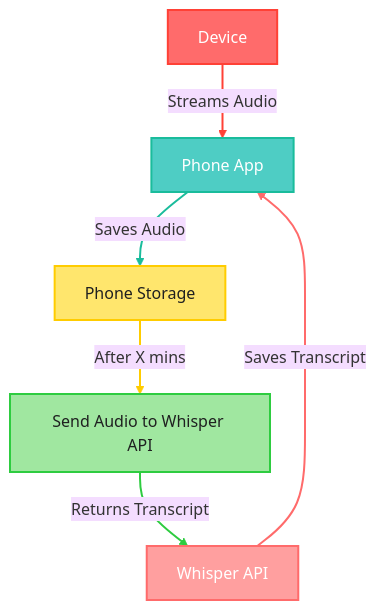
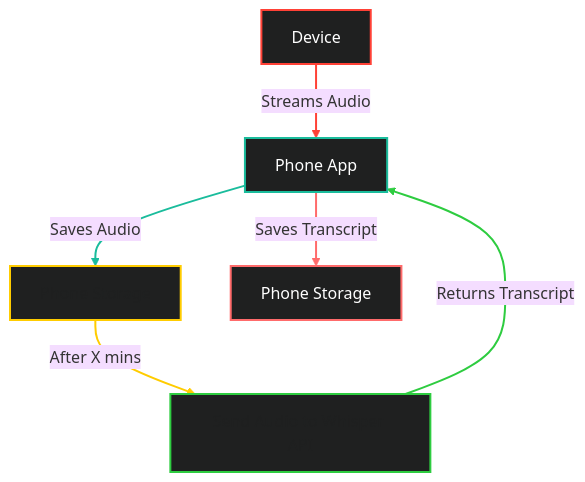
One commit to jagdish-15/omi-lfs-clean changed the diagram in README.md. Above: the diagram before and after it, drawn with Mermaid (base theme).

````diff
--- a/README.md
+++ b/README.md
@@ -21,20 +21,20 @@
 ```mermaid
 graph TD
 A[Device] -- Streams Audio --> B[Phone App]
 B -- Saves Audio --> C[Phone Storage]
 C -- After X mins --> D[Send Audio to Whisper API]
-D -- Returns Transcript --> E[Whisper API]
-E -- Saves Transcript --> B
+D -- Returns Transcript --> B[Phone App]
+B -- Saves Transcript --> F[Phone Storage]
 
-style A fill:#FF6B6B, stroke:#FF4136, stroke-width:2px, color:#FFFFFF
-style B fill:#4ECDC4, stroke:#1ABC9C, stroke-width:2px, color:#FFFFFF
-style C fill:#FFE66D, stroke:#FFCC00, stroke-width:2px, color:#1F2020
-style D fill:#A0E7A0, stroke:#2ECC40, stroke-width:2px, color:#1F2020
-style E fill:#FF9F9F, stroke:#FF6B6B, stroke-width:2px, color:#FFFFFF
+style A fill:#1F2020, stroke:#FF4136, stroke-width:2px, color:#FFFFFF
+style B fill:#1F2020, stroke:#1ABC9C, stroke-width:2px, color:#FFFFFF
+style C fill:#1F2020, stroke:#FFCC00, stroke-width:2px, color:#1F2020
+style D fill:#1F2020, stroke:#2ECC40, stroke-width:2px, color:#1F2020
+style F fill:#1F2020, stroke:#FF6B6B, stroke-width:2px, color:#FFFFFF
 
 linkStyle 0 stroke:#FF4136, stroke-width:2px
 linkStyle 1 stroke:#1ABC9C, stroke-width:2px
 linkStyle 2 stroke:#FFCC00, stroke-width:2px
 linkStyle 3 stroke:#2ECC40, stroke-width:2px
 linkStyle 4 stroke:#FF6B6B, stroke-width:2px
 ```
````
